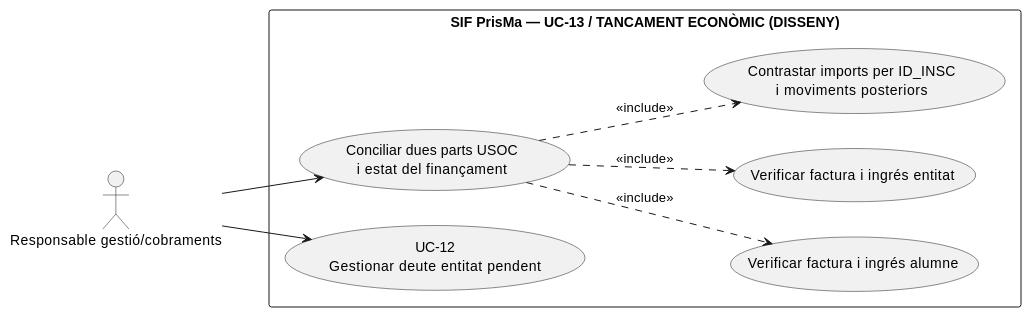
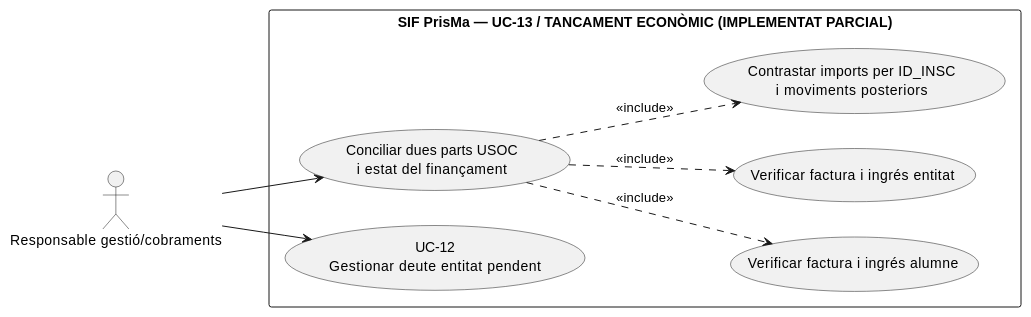
One commit to orgmeriemprismacat-del/verifactu changed the seventh of 9 diagrams in documentacio/07-uml-integrat/uc-013-orquestrar-doble-facturacio-usoc.md. Above: the diagram before and after it, drawn with PlantUML. The commit also changed other lines of this file, not shown here.

Commit message:
docs(uc-013): sincronitzar UML amb implementacio P0

````diff
--- a/documentacio/07-uml-integrat/uc-013-orquestrar-doble-facturacio-usoc.md
+++ b/documentacio/07-uml-integrat/uc-013-orquestrar-doble-facturacio-usoc.md
@@ -268,18 +268,18 @@
 ```plantuml
 @startuml
 left to right direction
 actor "Responsable gestió/cobraments" as O
-rectangle "SIF PrisMa — UC-13 / TANCAMENT ECONÒMIC (DISSENY)" {
+rectangle "SIF PrisMa — UC-13 / TANCAMENT ECONÒMIC (IMPLEMENTAT PARCIAL)" {
  usecase "Conciliar dues parts USOC\ni estat del finançament" as Close
  usecase "Verificar factura i ingrés alumne" as Student
  usecase "Verificar factura i ingrés entitat" as Entity
  usecase "Contrastar imports per ID_INSC\ni moviments posteriors" as Funds
  usecase "UC-12\nGestionar deute entitat pendent" as Debt
 }
 O --> Close
 Close ..> Student : <<include>>
 Close ..> Entity : <<include>>
 Close ..> Funds : <<include>>
 O --> Debt
 @enduml
 ```
````
